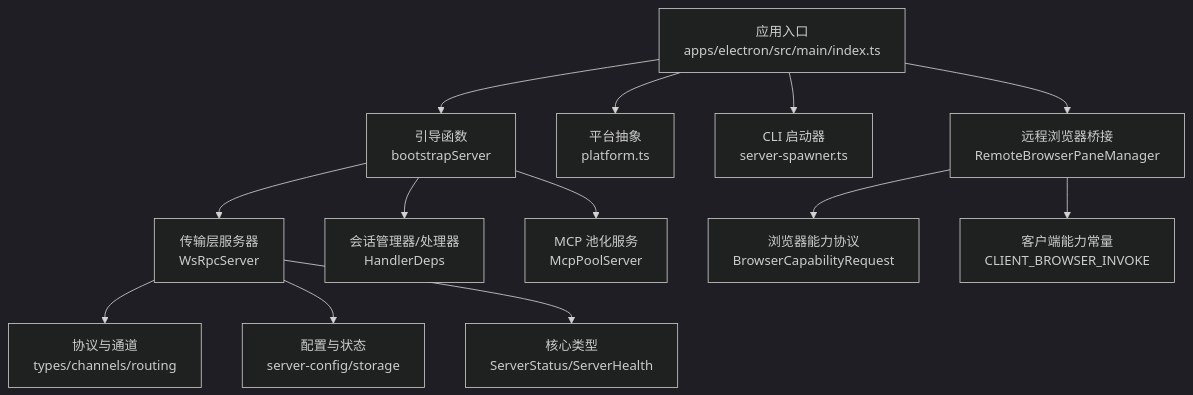
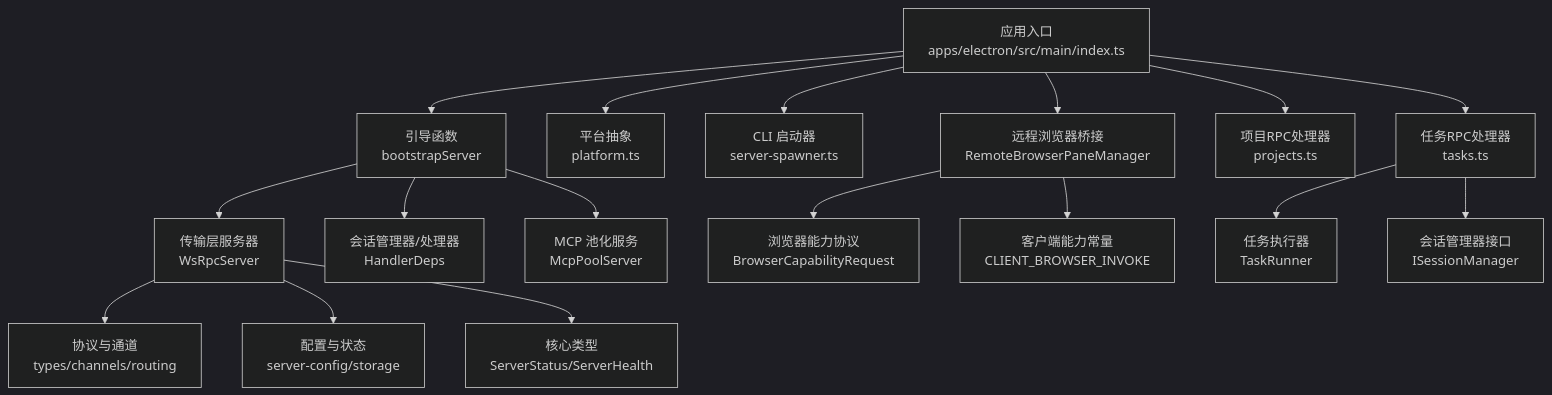
Before and after one commit to haolange/craft-agents-oss: the first of 12 diagrams in .qoder/repowiki/zh/content/服务器架构/服务器核心/服务器核心.md, drawn with Mermaid (dark theme). The commit also changed other lines of this file and 8 other files, not shown here.

````diff
--- a/.qoder/repowiki/zh/content/服务器架构/服务器核心/服务器核心.md
+++ b/.qoder/repowiki/zh/content/服务器架构/服务器核心/服务器核心.md
@@ -65,15 +84,19 @@
 ```mermaid
 graph TB
 A["应用入口<br/>apps/electron/src/main/index.ts"] --> B["引导函数<br/>bootstrapServer"]
 B --> C["传输层服务器<br/>WsRpcServer"]
 B --> D["会话管理器/处理器<br/>HandlerDeps"]
 B --> E["MCP 池化服务<br/>McpPoolServer"]
 C --> F["协议与通道<br/>types/channels/routing"]
 C --> G["配置与状态<br/>server-config/storage"]
 C --> H["核心类型<br/>ServerStatus/ServerHealth"]
 A --> I["平台抽象<br/>platform.ts"]
 A --> J["CLI 启动器<br/>server-spawner.ts"]
 A --> K["远程浏览器桥接<br/>RemoteBrowserPaneManager"]
 K --> L["浏览器能力协议<br/>BrowserCapabilityRequest"]
 K --> M["客户端能力常量<br/>CLIENT_BROWSER_INVOKE"]
+A --> N["项目RPC处理器<br/>projects.ts"]
+A --> O["任务RPC处理器<br/>tasks.ts"]
+O --> P["任务执行器<br/>TaskRunner"]
+O --> Q["会话管理器接口<br/>ISessionManager"]
 ```
````
